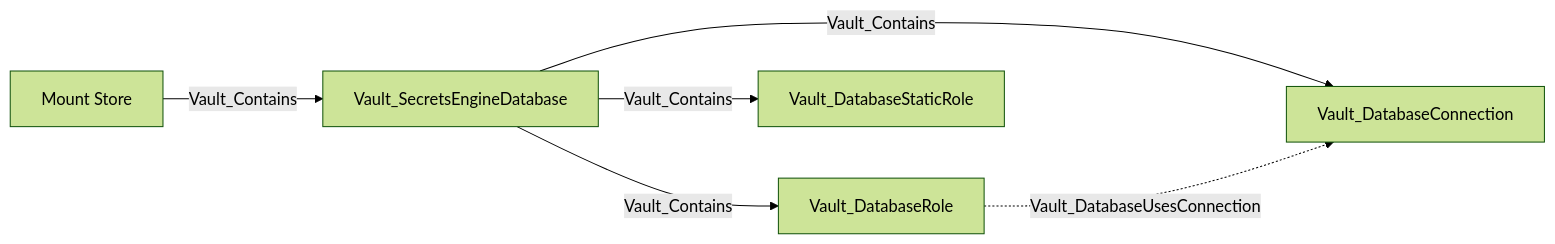
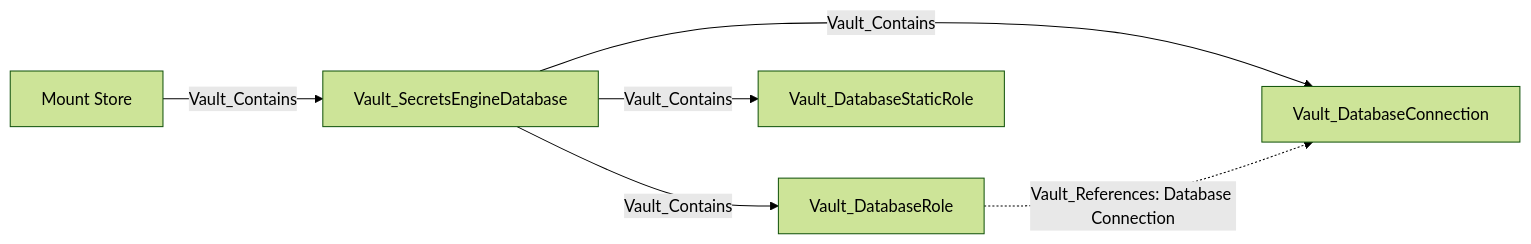
Before and after one commit to bytewreck/opengraph-vault: the seventh of 29 diagrams in Documentation/stores/MOUNTS.md, drawn with Mermaid (forest theme). The commit also changed other lines of this file and 6 other files, not shown here.

````diff
--- a/Documentation/stores/MOUNTS.md
+++ b/Documentation/stores/MOUNTS.md
@@ -112,8 +112,8 @@
 ```mermaid
 flowchart LR
     store[Mount Store] -->|Vault_Contains| mount[Vault_SecretsEngineDatabase]
     mount -->|Vault_Contains| connection[Vault_DatabaseConnection]
     mount -->|Vault_Contains| role[Vault_DatabaseRole]
     mount -->|Vault_Contains| static[Vault_DatabaseStaticRole]
-    role -.->|Vault_DatabaseUsesConnection| connection
+    role -.->|Vault_References: Database Connection| connection
 ```
````
